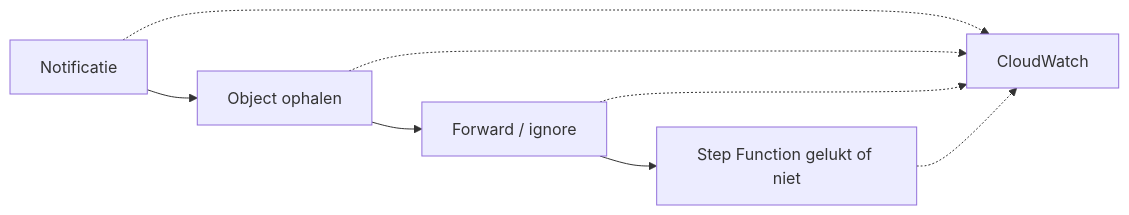
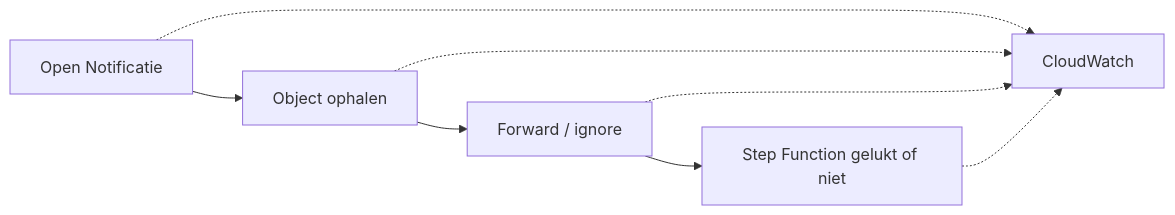
One commit to GemeenteNijmegen/open-forms changed the second of 3 diagrams in src/submission-processing-monitor/README.md. Above: the diagram before and after it, drawn with Mermaid.

Commit message:
chore: open ipv notificatie alleen

````diff
--- a/src/submission-processing-monitor/README.md
+++ b/src/submission-processing-monitor/README.md
@@ -32,10 +32,10 @@
 ```mermaid
 flowchart LR
-    N[Notificatie] --> O[Object ophalen]
+    N[Open Notificatie] --> O[Object ophalen]
     O --> D[Forward / ignore]
     D --> S[Step Function gelukt of niet]
     N -.-> L[CloudWatch]
     O -.-> L
     D -.-> L
     S -.-> L
 ```
````
